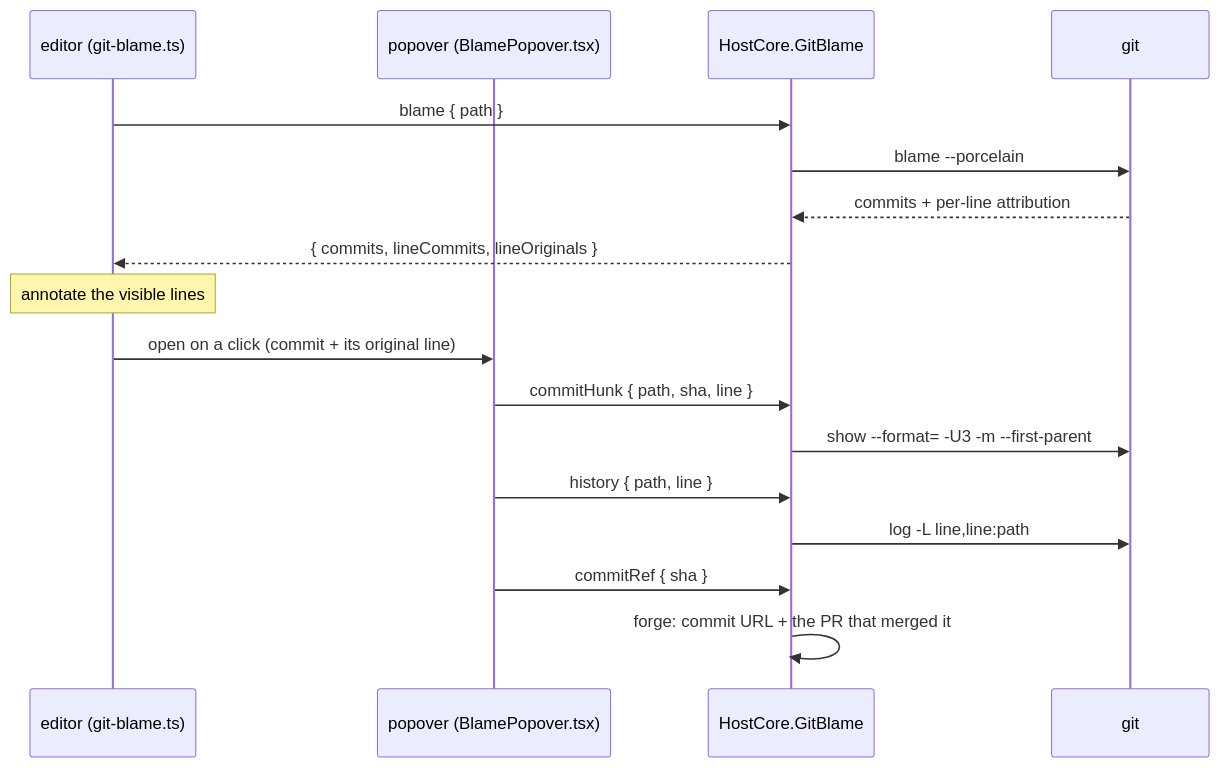
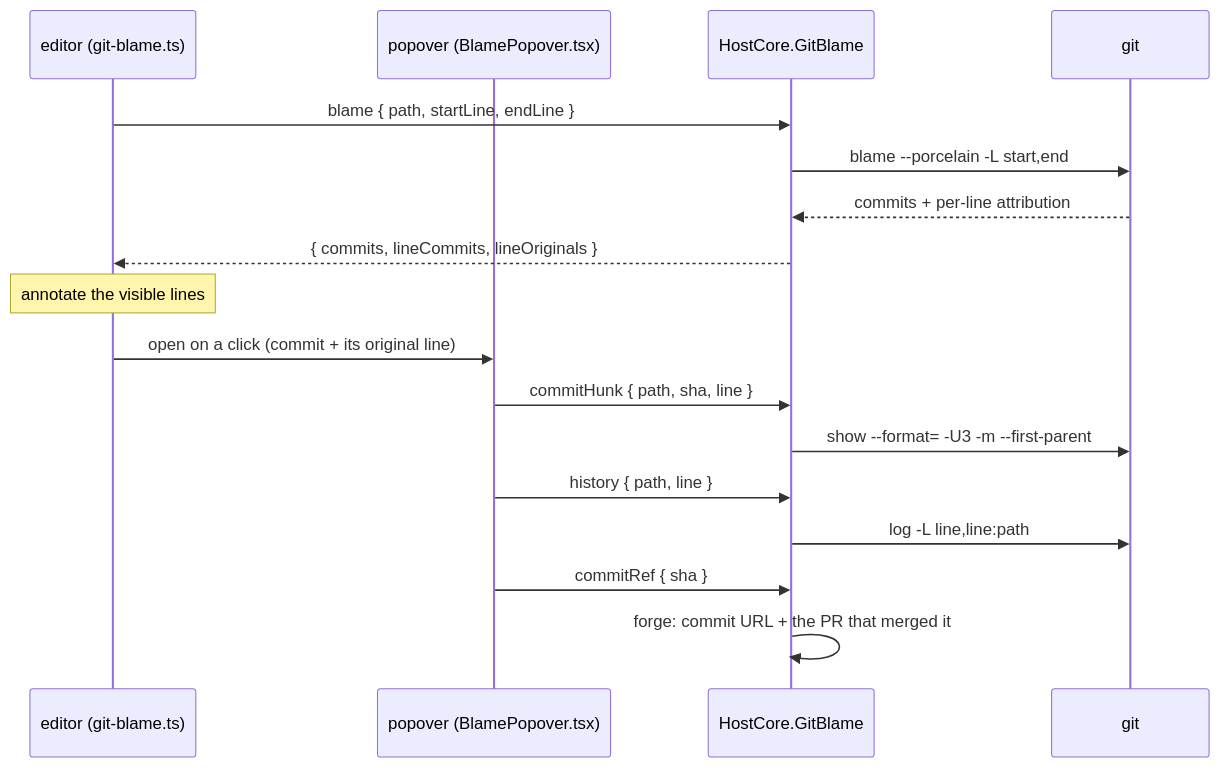
The diagram in docs/specs/git-blame.md (Kapps/weavie), drawn with Mermaid before and after one commit. The commit also changed other lines of this file and 15 other files, not shown here.

````diff
--- a/docs/specs/git-blame.md
+++ b/docs/specs/git-blame.md
@@ -101,19 +110,19 @@
 ```mermaid
 sequenceDiagram
     participant E as editor (git-blame.ts)
     participant P as popover (BlamePopover.tsx)
     participant H as HostCore.GitBlame
     participant G as git
-    E->>H: blame { path }
-    H->>G: blame --porcelain
+    E->>H: blame { path, startLine, endLine }
+    H->>G: blame --porcelain -L start,end
     G-->>H: commits + per-line attribution
     H-->>E: { commits, lineCommits, lineOriginals }
     Note over E: annotate the visible lines
     E->>P: open on a click (commit + its original line)
     P->>H: commitHunk { path, sha, line }
     H->>G: show --format= -U3 -m --first-parent
     P->>H: history { path, line }
     H->>G: log -L line,line:path
     P->>H: commitRef { sha }
     H->>H: forge: commit URL + the PR that merged it
 ```
````
